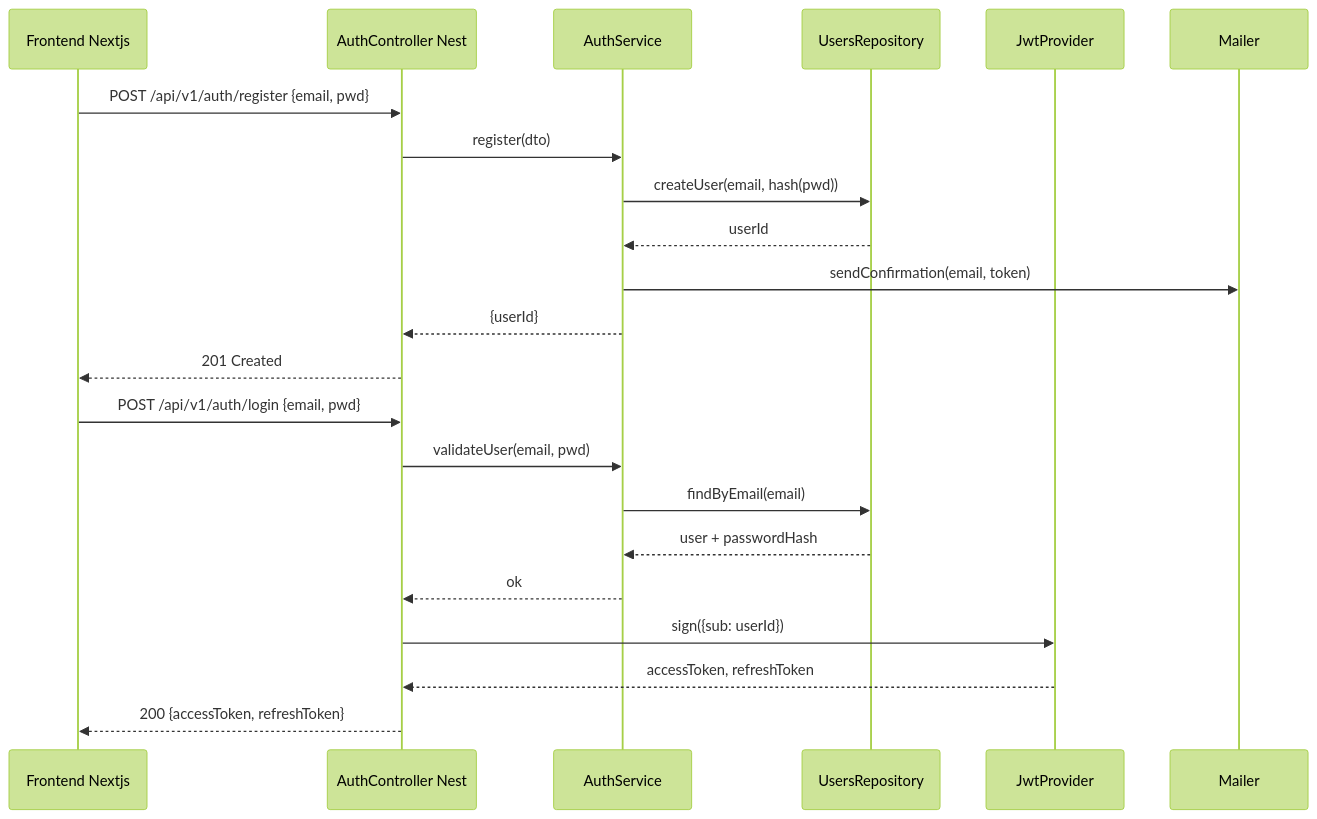
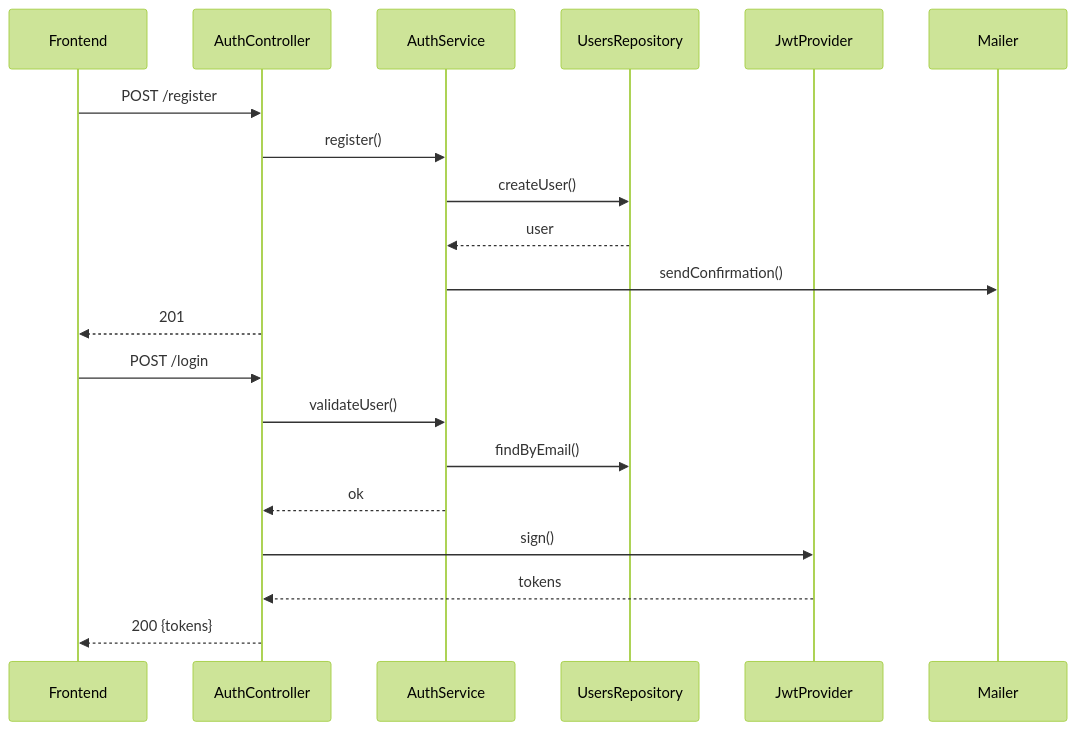
One commit to Dolphynx/mindfulspace changed the diagram in docs/archi/c4/c4-code-exemple.md. Above: the diagram before and after it, drawn with Mermaid (forest theme). The commit also changed other lines of this file and 24 other files, not shown here.

````diff
--- a/docs/archi/c4/c4-code-exemple.md
+++ b/docs/archi/c4/c4-code-exemple.md
@@ -1,26 +3,24 @@
 ```mermaid
 sequenceDiagram
-participant UI as Frontend Nextjs
-participant AuthC as AuthController Nest
+participant UI as Frontend
+participant AuthC as AuthController
 participant AuthS as AuthService
 participant UsersR as UsersRepository
 participant JWT as JwtProvider
 participant Mail as Mailer
 
-UI->>AuthC: POST /api/v1/auth/register {email, pwd}
-AuthC->>AuthS: register(dto)
-AuthS->>UsersR: createUser(email, hash(pwd))
-UsersR-->>AuthS: userId
-AuthS->>Mail: sendConfirmation(email, token)
-AuthS-->>AuthC: {userId}
-AuthC-->>UI: 201 Created
+UI->>AuthC: POST /register
+AuthC->>AuthS: register()
+AuthS->>UsersR: createUser()
+UsersR-->>AuthS: user
+AuthS->>Mail: sendConfirmation()
+AuthC-->>UI: 201
 
-UI->>AuthC: POST /api/v1/auth/login {email, pwd}
-AuthC->>AuthS: validateUser(email, pwd)
-AuthS->>UsersR: findByEmail(email)
-UsersR-->>AuthS: user + passwordHash
+UI->>AuthC: POST /login
+AuthC->>AuthS: validateUser()
+AuthS->>UsersR: findByEmail()
 AuthS-->>AuthC: ok
-AuthC->>JWT: sign({sub: userId})
-JWT-->>AuthC: accessToken, refreshToken
-AuthC-->>UI: 200 {accessToken, refreshToken}
+AuthC->>JWT: sign()
+JWT-->>AuthC: tokens
+AuthC-->>UI: 200 {tokens}
 ```
````
